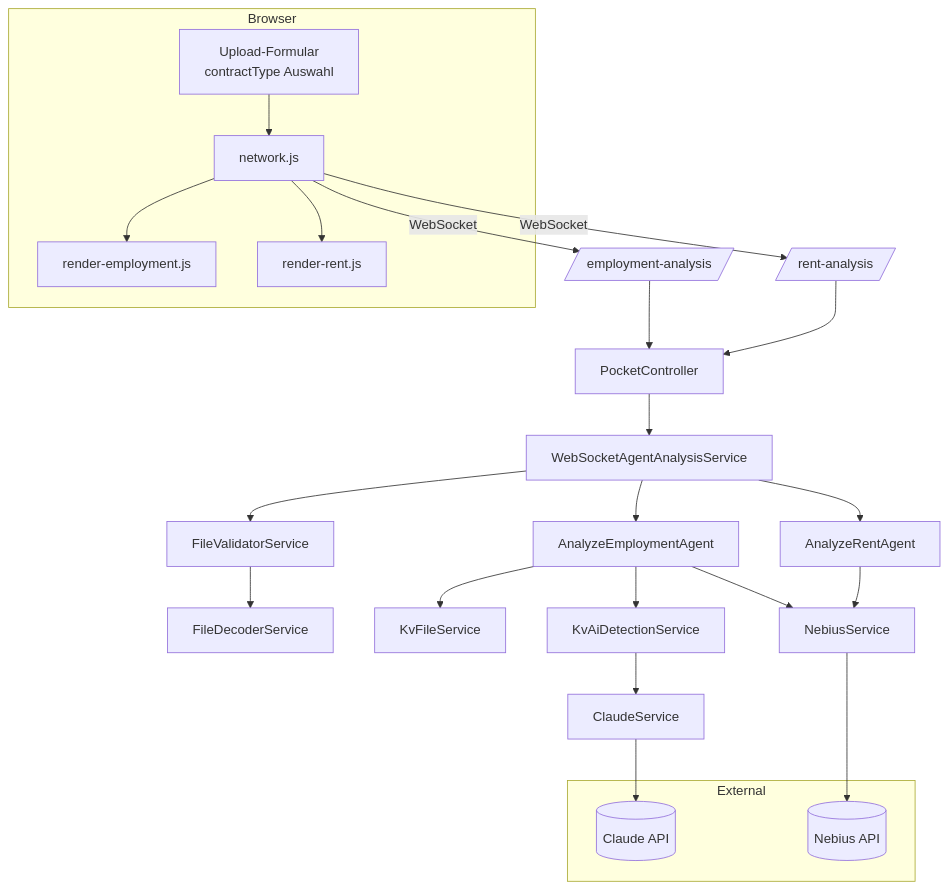
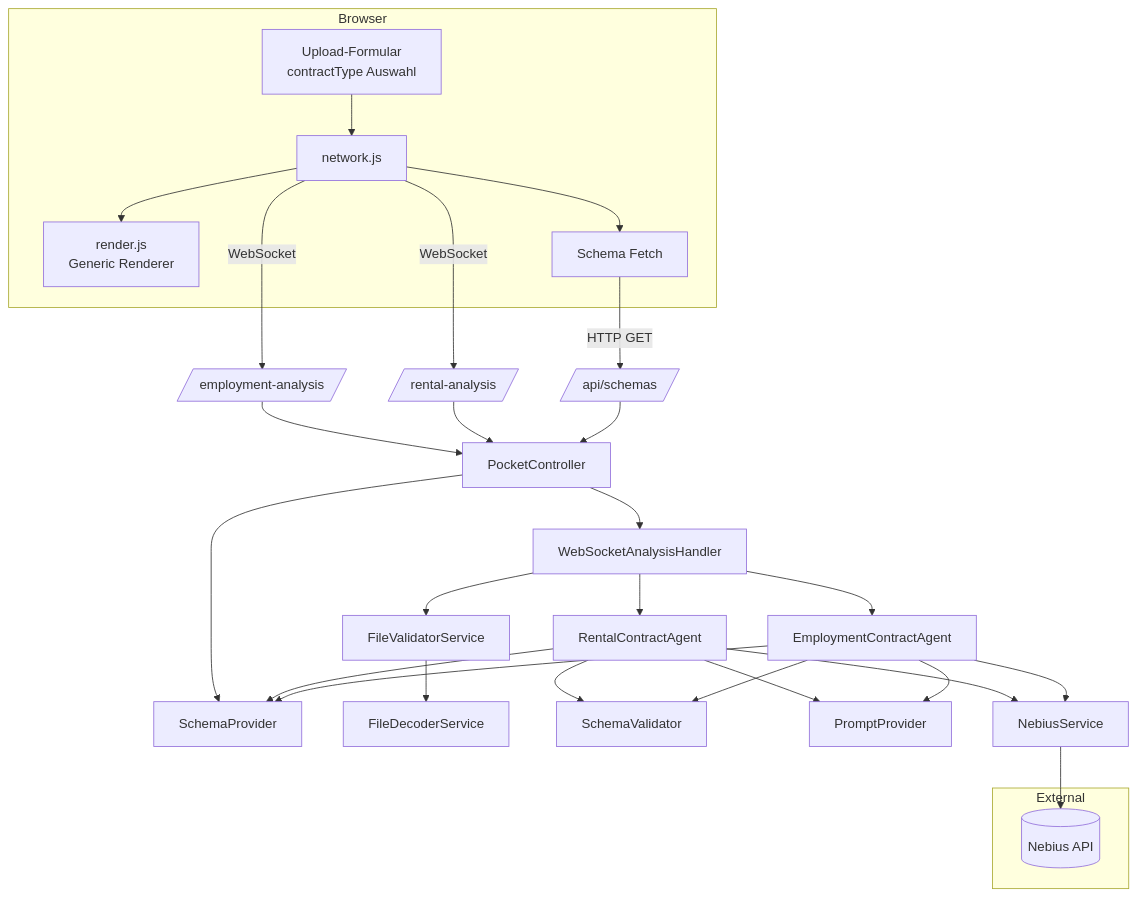
One commit to sebastian-305/PocketLawyer changed the sixth of 9 diagrams in docs/Diagrams/diagrams.md. Above: the diagram before and after it, drawn with Mermaid. The commit also changed other lines of this file and 85 other files, not shown here.

Commit message:
Big rework. New Agent logic. New output design. Automatic rendering wich Schema-Styling information. SST.

````diff
--- a/docs/Diagrams/diagrams.md
+++ b/docs/Diagrams/diagrams.md
@@ -426,27 +495,31 @@
 ```mermaid
 graph TD
     subgraph Browser
         Form[Upload-Formular<br>contractType Auswahl] --> NET[network.js]
-        NET --> RE[render-employment.js]
-        NET --> RR[render-rent.js]
+        NET --> REN[render.js<br>Generic Renderer]
+        NET --> SCH[Schema Fetch]
     end
     NET -- WebSocket --> PCE[/employment-analysis/]
-    NET -- WebSocket --> PCR[/rent-analysis/]
+    NET -- WebSocket --> PCR[/rental-analysis/]
+    SCH -- HTTP GET --> SCHE[/api/schemas/]
     PCE & PCR --> PC[PocketController]
-    PC --> WSAS[WebSocketAgentAnalysisService]
-    WSAS --> FV[FileValidatorService]
+    SCHE --> PC
+    PC --> WSH[WebSocketAnalysisHandler]
+    PC --> SP[SchemaProvider]
+    WSH --> FV[FileValidatorService]
     FV --> FDS[FileDecoderService]
-    WSAS --> AGE[AnalyzeEmploymentAgent]
-    WSAS --> AGR[AnalyzeRentAgent]
-    AGE --> KFS[KvFileService]
-    AGE --> KD[KvAiDetectionService]
-    KD --> CLA[ClaudeService]
-    AGE --> NEB[NebiusService]
-    AGR --> NEB
+    WSH --> RCA[RentalContractAgent]
+    WSH --> ECA[EmploymentContractAgent]
+    RCA --> SP
+    RCA --> SV[SchemaValidator]
+    RCA --> PP[PromptProvider]
+    RCA --> NEB[NebiusService]
+    ECA --> SP
+    ECA --> SV
+    ECA --> PP
+    ECA --> NEB
     subgraph External
         NebiusAPI[(Nebius API)]
-        ClaudeAPI[(Claude API)]
     end
     NEB --> NebiusAPI
-    CLA --> ClaudeAPI
 ```
````
